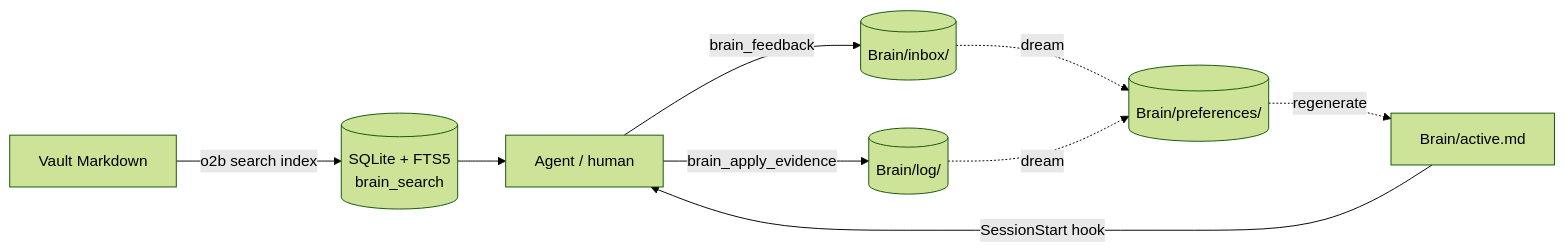
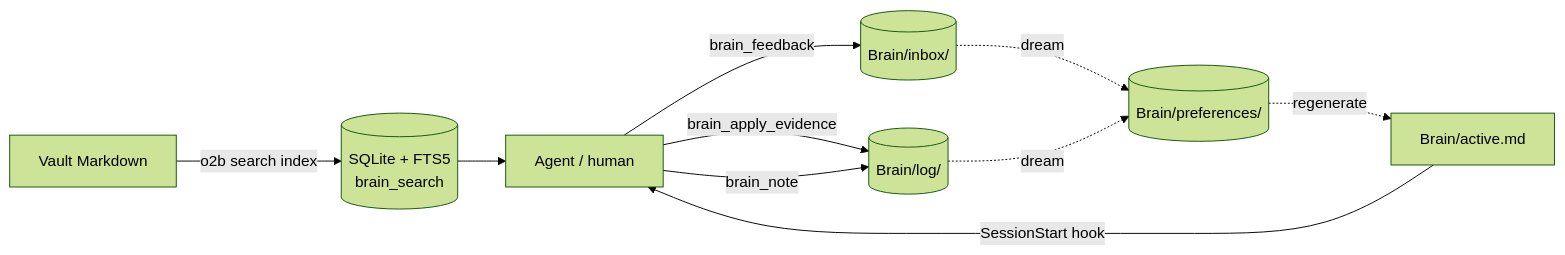
Before and after one commit to itechmeat/open-second-brain: the diagram in README.md, drawn with Mermaid (forest theme). The commit also changed other lines of this file and 41 other files, not shown here.

First line of the commit message:
v0.10.8: Retire event_log_append from agent surface + JSONL sidecar

````diff
--- a/README.md
+++ b/README.md
@@ -29,12 +34,13 @@
 ```mermaid
 flowchart LR
     Agent[Agent / human]
     Agent -- brain_feedback --> Inbox[(Brain/inbox/)]
     Inbox -. dream .-> Pref[(Brain/preferences/)]
     Agent -- brain_apply_evidence --> Log[(Brain/log/)]
+    Agent -- brain_note --> Log
     Log -. dream .-> Pref
     Pref -. regenerate .-> Active[Brain/active.md]
     Active -- SessionStart hook --> Agent
     Vault[Vault Markdown] -- o2b search index --> FTS[(SQLite + FTS5<br/>brain_search)]
     FTS --> Agent
 ```
````
